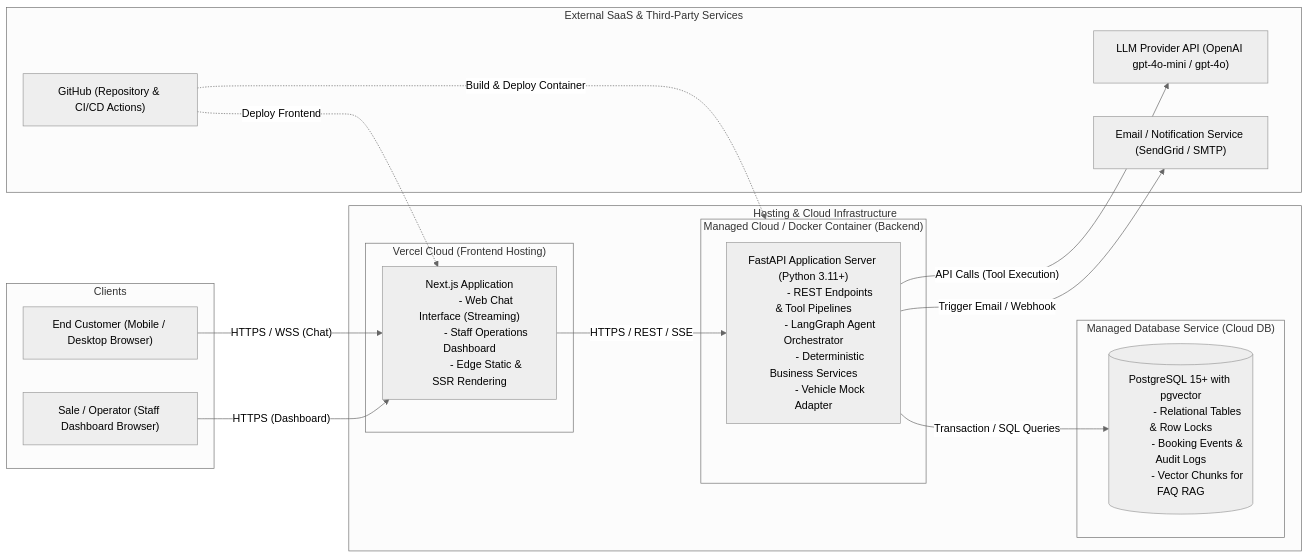
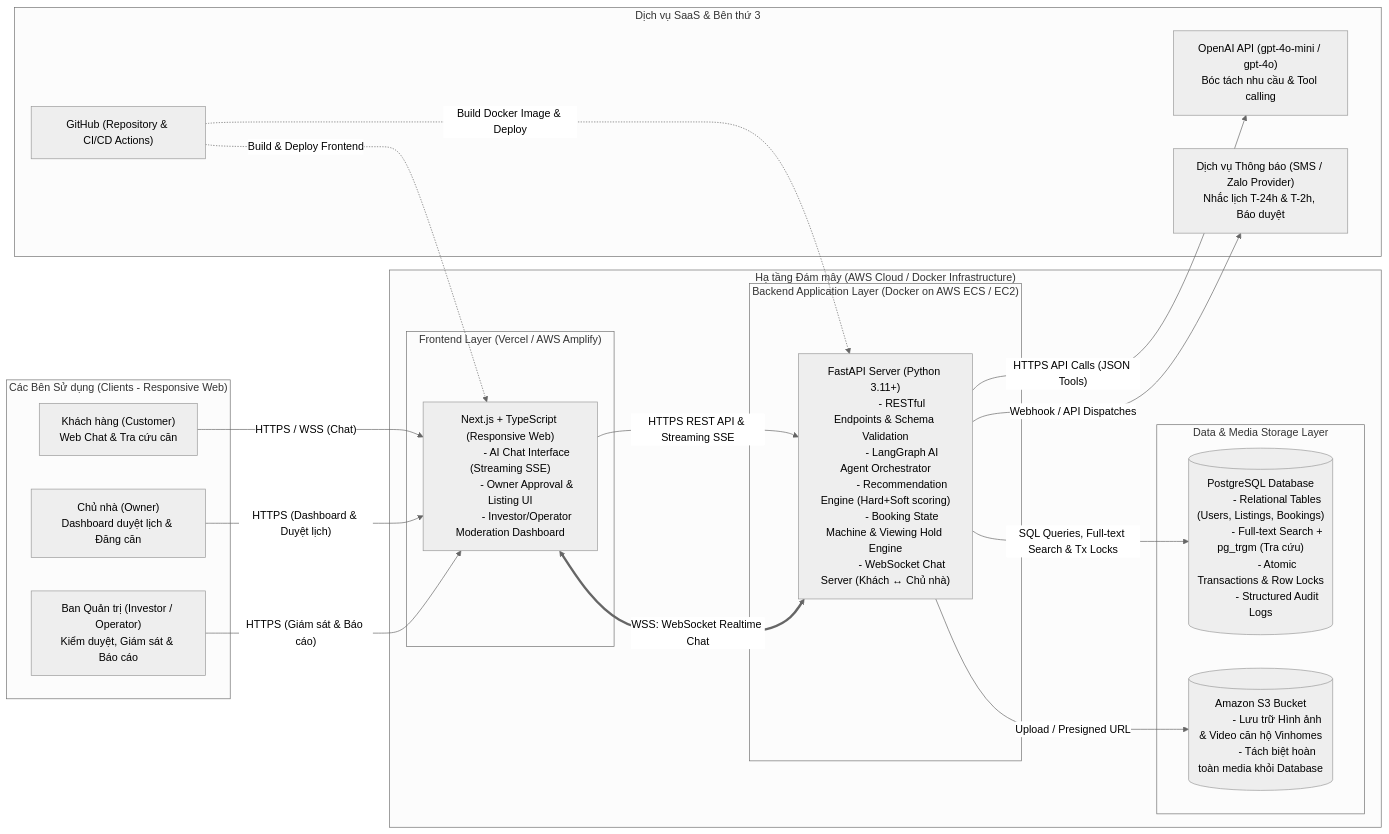
The diagram in DIagram/Deployment Diagram.md (TaiHoang2501/P001), drawn with Mermaid (neutral theme) before and after one commit. The commit also changed other lines of this file and 11 other files, not shown here.

Commit message:
docs: align all diagrams, architecture, plan, tasks, backlog and claude with spec_updated v1.0

````diff
--- a/DIagram/Deployment Diagram.md
+++ b/DIagram/Deployment Diagram.md
@@ -3,53 +5,65 @@
 ```mermaid
 graph LR
-    subgraph Clients["Clients"]
-        C_BROWSER["End Customer (Mobile / Desktop Browser)"]
-        S_BROWSER["Sale / Operator (Staff Dashboard Browser)"]
+    subgraph Clients["Các Bên Sử dụng (Clients - Responsive Web)"]
+        C_USER["Khách hàng (Customer)<br/>Web Chat & Tra cứu căn"]
+        O_USER["Chủ nhà (Owner)<br/>Dashboard duyệt lịch & Đăng căn"]
+        OP_USER["Ban Quản trị (Investor / Operator)<br/>Kiểm duyệt, Giám sát & Báo cáo"]
     end
 
-    subgraph ExternalCloud["External SaaS & Third-Party Services"]
-        GH["GitHub (Repository & CI/CD Actions)"]
-        LLM_API["LLM Provider API (OpenAI gpt-4o-mini / gpt-4o)"]
-        SMTP_API["Email / Notification Service (SendGrid / SMTP)"]
+    subgraph ExternalServices["Dịch vụ SaaS & Bên thứ 3"]
+        GITHUB["GitHub (Repository & CI/CD Actions)"]
+        LLM_API["OpenAI API (gpt-4o-mini / gpt-4o)<br/>Bóc tách nhu cầu & Tool calling"]
+        NOTIF_GATEWAY["Dịch vụ Thông báo (SMS / Zalo Provider)<br/>Nhắc lịch T-24h & T-2h, Báo duyệt"]
     end
 
-    subgraph HostingInfrastructure["Hosting & Cloud Infrastructure"]
-        subgraph VercelEdge["Vercel Cloud (Frontend Hosting)"]
-            NEXT_APP["Next.js Application
-            - Web Chat Interface (Streaming)
-            - Staff Operations Dashboard
-            - Edge Static & SSR Rendering"]
+    subgraph AWSCloud["Hạ tầng Đám mây (AWS Cloud / Docker Infrastructure)"]
+        subgraph FrontendTier["Frontend Layer (Vercel / AWS Amplify)"]
+            NEXTJS["Next.js + TypeScript (Responsive Web)
+            - AI Chat Interface (Streaming SSE)
+            - Owner Approval & Listing UI
+            - Investor/Operator Moderation Dashboard"]
         end
 
-        subgraph ContainerHosting["Managed Cloud / Docker Container (Backend)"]
-            FAST_APP["FastAPI Application Server (Python 3.11+)
-            - REST Endpoints & Tool Pipelines
-            - LangGraph Agent Orchestrator
-            - Deterministic Business Services
-            - Vehicle Mock Adapter"]
+        subgraph BackendTier["Backend Application Layer (Docker on AWS ECS / EC2)"]
+            FASTAPI["FastAPI Server (Python 3.11+)
+            - RESTful Endpoints & Schema Validation
+            - LangGraph AI Agent Orchestrator
+            - Recommendation Engine (Hard+Soft scoring)
+            - Booking State Machine & Viewing Hold Engine
+            - WebSocket Chat Server (Khách ↔ Chủ nhà)"]
         end
 
-        subgraph ManagedData["Managed Database Service (Cloud DB)"]
-            PG_DB[("PostgreSQL 15+ with pgvector
-            - Relational Tables & Row Locks
-            - Booking Events & Audit Logs
-            - Vector Chunks for FAQ RAG")]
+        subgraph StorageTier["Data & Media Storage Layer"]
+            POSTGRES[("PostgreSQL Database
+            - Relational Tables (Users, Listings, Bookings)
+            - Full-text Search + pg_trgm (Tra cứu)
+            - Atomic Transactions & Row Locks
+            - Structured Audit Logs")]
+
+            S3_BUCKET[("Amazon S3 Bucket
+            - Lưu trữ Hình ảnh & Video căn hộ Vinhomes
+            - Tách biệt hoàn toàn media khỏi Database")]
         end
     end
 
     %% Client Connections
-    C_BROWSER -- "HTTPS / WSS (Chat)" --> NEXT_APP
-    S_BROWSER -- "HTTPS (Dashboard)" --> NEXT_APP
+    C_USER -- "HTTPS / WSS (Chat)" --> NEXTJS
+    O_USER -- "HTTPS (Dashboard & Duyệt lịch)" --> NEXTJS
+    OP_USER -- "HTTPS (Giám sát & Báo cáo)" --> NEXTJS
 
     %% Frontend to Backend
-    NEXT_APP -- "HTTPS / REST / SSE" --> FAST_APP
+    NEXTJS -- "HTTPS REST API & Streaming SSE" --> FASTAPI
+    NEXTJS <== "WSS: WebSocket Realtime Chat" ==> FASTAPI
+
+    %% Backend to Internal Storage
+    FASTAPI -- "SQL Queries, Full-text Search & Tx Locks" --> POSTGRES
+    FASTAPI -- "Upload / Presigned URL" --> S3_BUCKET
 
     %% Backend to External
-    FAST_APP -- "API Calls (Tool Execution)" --> LLM_API
-    FAST_APP -- "Transaction / SQL Queries" --> PG_DB
-    FAST_APP -- "Trigger Email / Webhook" --> SMTP_API
+    FASTAPI -- "HTTPS API Calls (JSON Tools)" --> LLM_API
+    FASTAPI -- "Webhook / API Dispatches" --> NOTIF_GATEWAY
 
-    %% CI / CD
-    GH -. "Deploy Frontend" .-> NEXT_APP
-    GH -. "Build & Deploy Container" .-> ContainerHosting
+    %% CI/CD
+    GITHUB -. "Build & Deploy Frontend" .-> NEXTJS
+    GITHUB -. "Build Docker Image & Deploy" .-> FASTAPI
 ```
````
